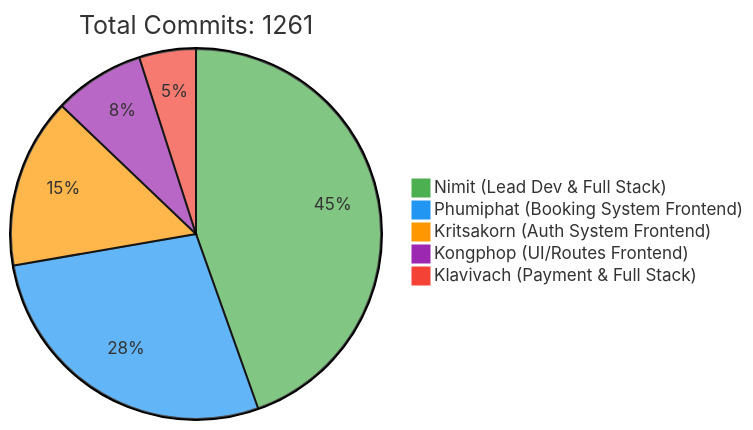
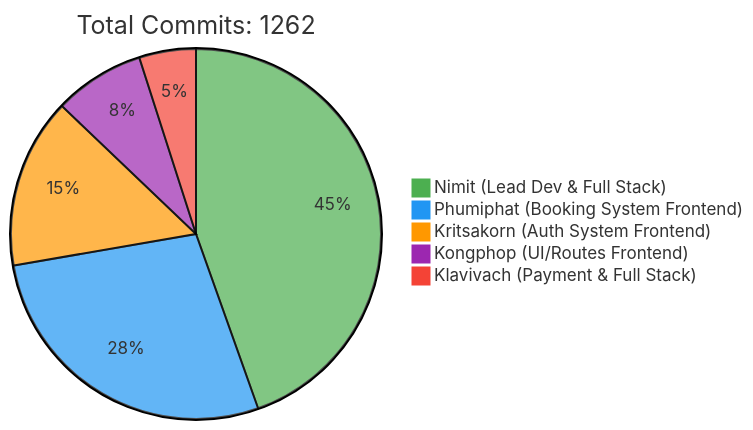
One commit to 6531503042/Sport-Complex changed the first of 2 diagrams in README.md. Above: the diagram before and after it, drawn with Mermaid. The commit also changed other lines of this file, not shown here.

Commit message:
docs: Update contributor statistics [skip ci]

````diff
--- a/README.md
+++ b/README.md
@@ -257,10 +257,10 @@
 ```mermaid
 %%{init: {'theme': 'base', 'themeVariables': { 'pie1': '#4CAF50', 'pie2': '#2196F3', 'pie3': '#FF9800', 'pie4': '#9C27B0', 'pie5': '#F44336'}}}%%
 pie
-    title Total Commits: 1261
+    title Total Commits: 1262
     "Nimit (Lead Dev & Full Stack)" : 450
     "Phumiphat (Booking System Frontend)" : 280
     "Kritsakorn (Auth System Frontend)" : 150
     "Kongphop (UI/Routes Frontend)" : 80
     "Klavivach (Payment & Full Stack)" : 50
 ```
````
